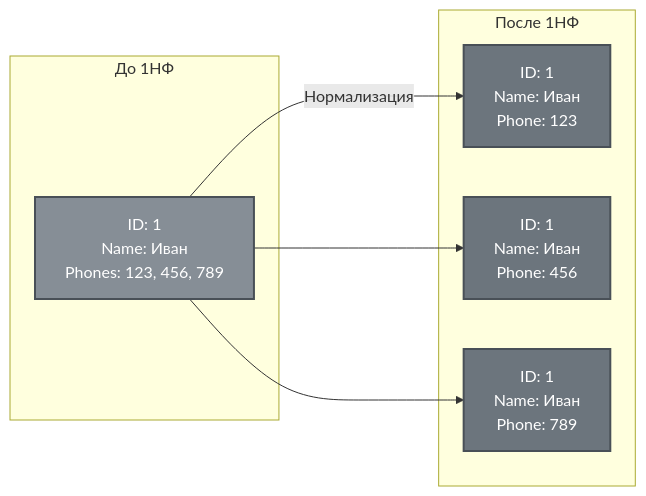
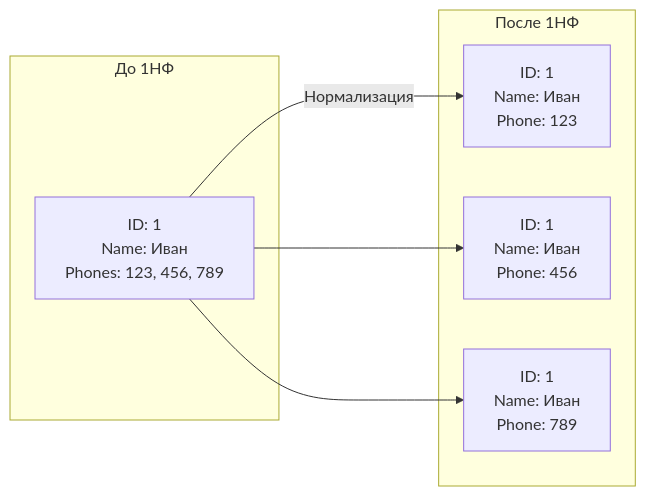
One commit to alx314vo/db_exam changed the fifth of 23 diagrams in db_exam.md. Above: the diagram before and after it, drawn with Mermaid. The commit also changed other lines of this file and 1 other file, not shown here.

````diff
--- a/db_exam.md
+++ b/db_exam.md
@@ -292,21 +273,17 @@
 ```mermaid
 graph LR
     subgraph "До 1НФ"
         Before[ID: 1<br/>Name: Иван<br/>Phones: 123, 456, 789]
     end
     
     subgraph "После 1НФ"
         After1[ID: 1<br/>Name: Иван<br/>Phone: 123]
         After2[ID: 1<br/>Name: Иван<br/>Phone: 456]
         After3[ID: 1<br/>Name: Иван<br/>Phone: 789]
     end
     
     Before -->|Нормализация| After1
     Before --> After2
     Before --> After3
     
-    style Before fill:#868e96,stroke:#495057,stroke-width:2px,color:#fff
-    style After1 fill:#6c757d,stroke:#495057,stroke-width:2px,color:#fff
-    style After2 fill:#6c757d,stroke:#495057,stroke-width:2px,color:#fff
-    style After3 fill:#6c757d,stroke:#495057,stroke-width:2px,color:#fff
 ```
````
